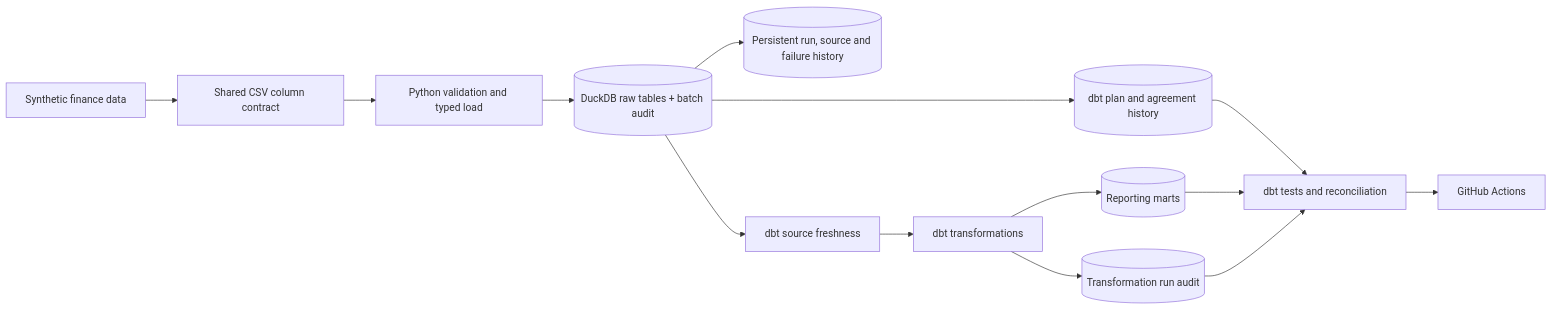
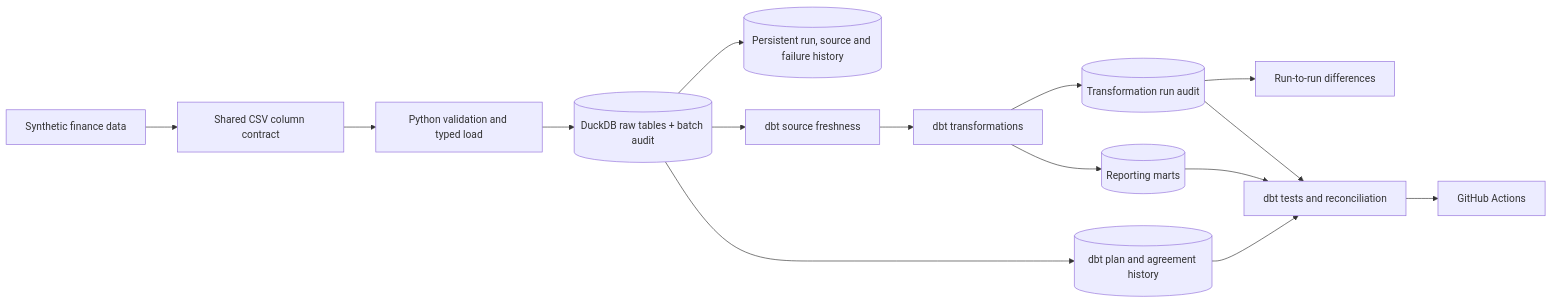
The diagram in README.md (Wasim-Jussab/finance-analytics-engineering-portfolio), drawn with Mermaid before and after one commit. The commit also changed other lines of this file and 10 other files, not shown here.

````diff
--- a/README.md
+++ b/README.md
@@ -11,16 +11,17 @@
 ```mermaid
 flowchart LR
     A["Synthetic finance data"] --> B["Shared CSV column contract"]
     B --> C["Python validation and typed load"]
     C --> J[("DuckDB raw tables + batch audit")]
     J --> I[("Persistent run, source and failure history")]
     J --> H["dbt source freshness"]
     J --> K[("dbt plan and agreement history")]
     H --> D["dbt transformations"]
     D --> E[("Reporting marts")]
     D --> L[("Transformation run audit")]
+    L --> M["Run-to-run differences"]
     K --> F["dbt tests and reconciliation"]
     E --> F["dbt tests and reconciliation"]
     L --> F["dbt tests and reconciliation"]
     F --> G["GitHub Actions"]
 ```
````
